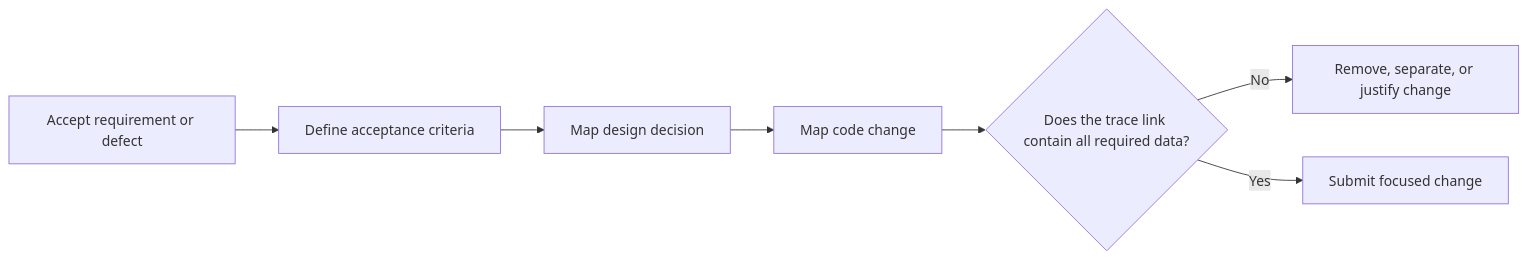
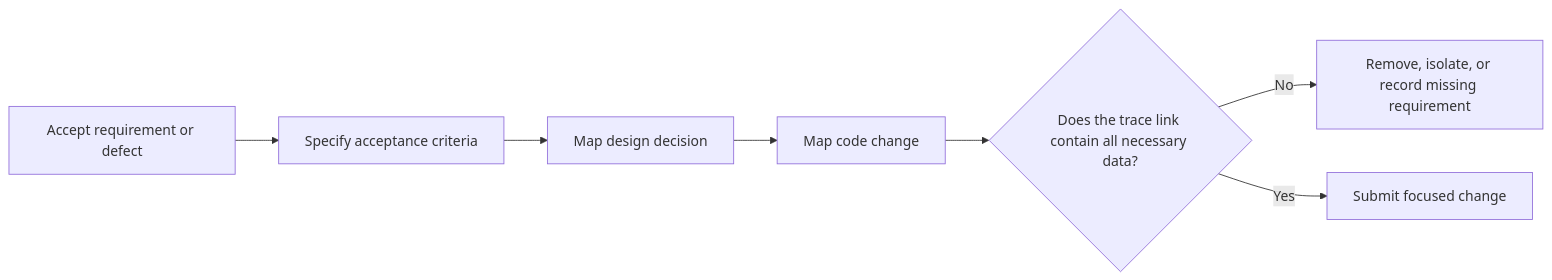
Before and after one commit to HomericIntelligence/Athena: the diagram in docs/principles/details/p063-requirement-to-code-traceability.md, drawn with Mermaid. The commit also changed other lines of this file and 91 other files, not shown here.

````diff
--- a/docs/principles/details/p063-requirement-to-code-traceability.md
+++ b/docs/principles/details/p063-requirement-to-code-traceability.md
@@ -34,9 +38,9 @@
 ```mermaid
 flowchart LR
-    A["Accept requirement or defect"] --> B["Define acceptance criteria"]
+    A["Accept requirement or defect"] --> B["Specify acceptance criteria"]
     B --> C["Map design decision"]
     C --> D["Map code change"]
-    D --> E{"Does the trace link contain all required data?"}
-    E -- "No" --> F["Remove, separate, or justify change"]
+    D --> E{"Does the trace link contain all necessary data?"}
+    E -- "No" --> F["Remove, isolate, or record missing requirement"]
     E -- "Yes" --> G["Submit focused change"]
 ```
````
